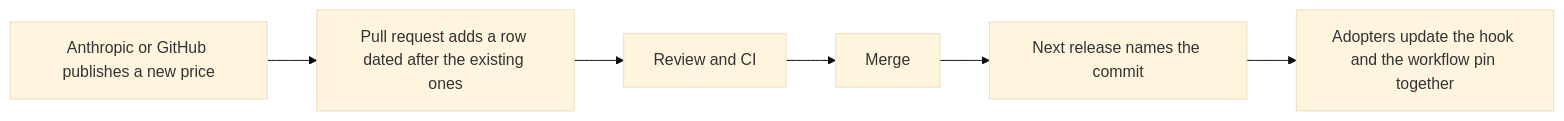
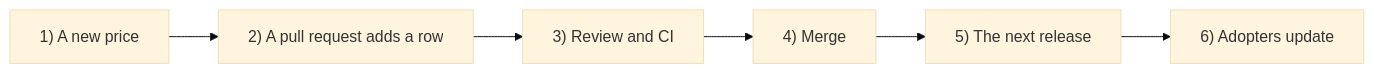
The eighth of 10 diagrams in docs/how-it-works.md (niko-kotiniemi-oss/agentic-pr-cost-calculator), drawn with Mermaid (base theme) before and after one commit. The commit also changed other lines of this file and 10 other files, not shown here.

First line of the commit message:
Number and explain every diagram, and draw one on each feature page

````diff
--- a/docs/how-it-works.md
+++ b/docs/how-it-works.md
@@ -269,8 +350,8 @@
 ```mermaid
 flowchart LR
-  A[Anthropic or GitHub publishes a new price] --> B[Pull request adds a row dated after the existing ones]
-  B --> C[Review and CI]
-  C --> D[Merge]
-  D --> E[Next release names the commit]
-  E --> F[Adopters update the hook and the workflow pin together]
+  A["1) A new price"] --> B["2) A pull request adds a row"]
+  B --> C["3) Review and CI"]
+  C --> D["4) Merge"]
+  D --> E["5) The next release"]
+  E --> F["6) Adopters update"]
 ```
````
